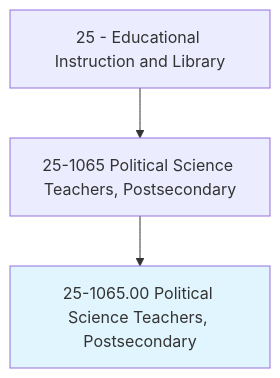
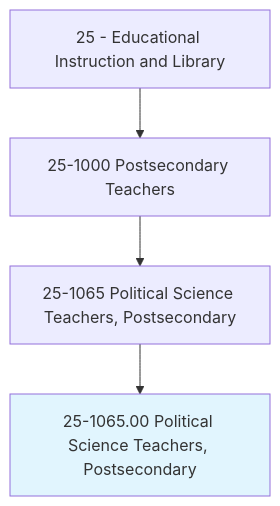
The first of 4 diagrams in occupations/Education/PoliticalScienceTeachersPostsecondary.mdx (kziemski/business.org.ai), drawn with Mermaid before and after one commit. The commit also changed other lines of this file and 938 other files, not shown here.

````diff
--- a/occupations/Education/PoliticalScienceTeachersPostsecondary.mdx
+++ b/occupations/Education/PoliticalScienceTeachersPostsecondary.mdx
@@ -19,6 +23,7 @@
 ```mermaid
 graph TD
-    Cat25["25 - Educational Instruction and Library"] --> Group251065["25-1065 Political Science Teachers, Postsecondary"]
+    Cat25["25 - Educational Instruction and Library"] --> Group251["25-1000 Postsecondary Teachers"]
+    Group251 --> Group251065["25-1065 Political Science Teachers, Postsecondary"]
     Group251065 --> Current["25-1065.00 Political Science Teachers, Postsecondary"]
     style Current fill:#e1f5fe
 ```
````
